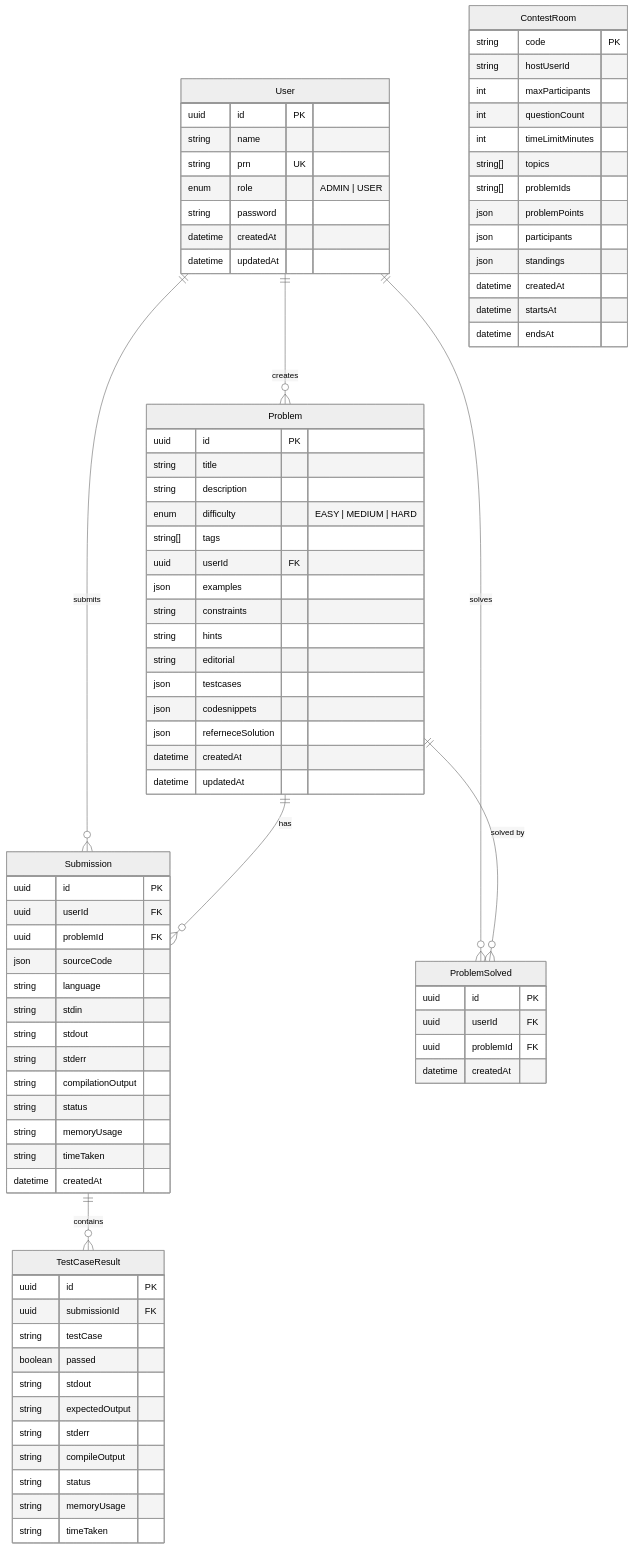
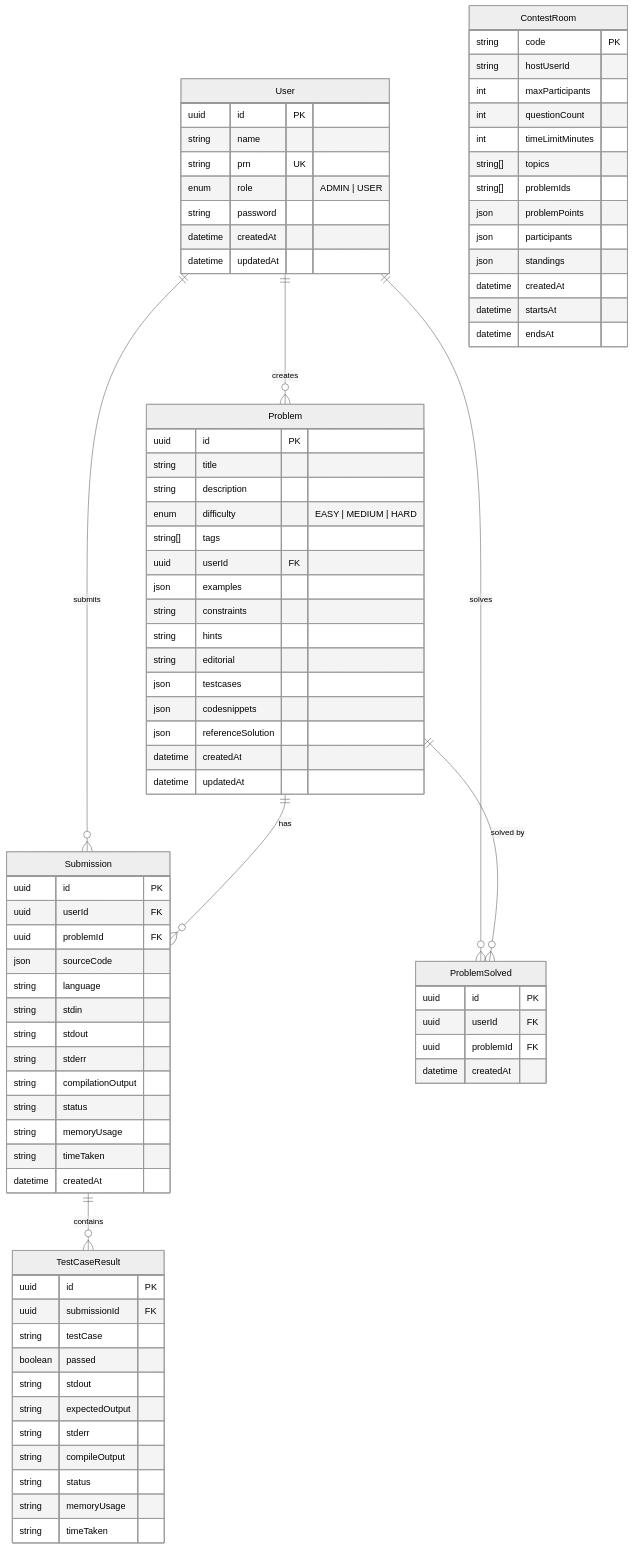
Before and after one commit to phasehumans/campuslab: the eighth of 12 diagrams in ARCHITECTURE.md, drawn with Mermaid (neutral theme). The commit also changed other lines of this file and 28 other files, not shown here.

Commit message:
chore: setup bun workspaces, eslint, bun test and fix schema typo

```diff
--- a/ARCHITECTURE.md
+++ b/ARCHITECTURE.md
@@ -326,7 +326,7 @@
         string editorial
         json testcases
         json codesnippets
-        json referneceSolution
+        json referenceSolution
         datetime createdAt
         datetime updatedAt
     }
```
